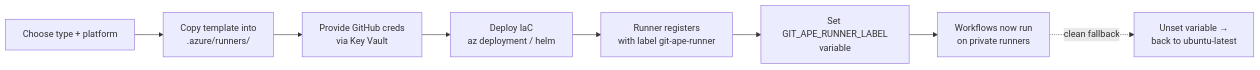
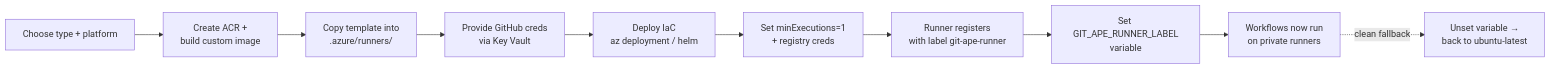
One commit to Azure/git-ape changed the diagram in .github/skills/git-ape-onboarding/templates/runners/README.md. Above: the diagram before and after it, drawn with Mermaid. The commit also changed other lines of this file and 4 other files, not shown here.

First line of the commit message:
feat: add custom runner Dockerfile and document provisioning learnings

````diff
--- a/.github/skills/git-ape-onboarding/templates/runners/README.md
+++ b/.github/skills/git-ape-onboarding/templates/runners/README.md
@@ -89,10 +159,12 @@
 ```mermaid
 flowchart LR
-    A[Choose type + platform] --> B[Copy template into<br/>.azure/runners/]
-    B --> C[Provide GitHub creds<br/>via Key Vault]
-    C --> D[Deploy IaC<br/>az deployment / helm]
-    D --> E[Runner registers<br/>with label git-ape-runner]
-    E --> F[Set GIT_APE_RUNNER_LABEL<br/>variable]
-    F --> G[Workflows now run<br/>on private runners]
-    G -.clean fallback.-> H[Unset variable →<br/>back to ubuntu-latest]
+    A[Choose type + platform] --> B[Create ACR +<br/>build custom image]
+    B --> C[Copy template into<br/>.azure/runners/]
+    C --> D[Provide GitHub creds<br/>via Key Vault]
+    D --> E[Deploy IaC<br/>az deployment / helm]
+    E --> F[Set minExecutions=1<br/>+ registry creds]
+    F --> G[Runner registers<br/>with label git-ape-runner]
+    G --> H[Set GIT_APE_RUNNER_LABEL<br/>variable]
+    H --> I[Workflows now run<br/>on private runners]
+    I -.clean fallback.-> J[Unset variable →<br/>back to ubuntu-latest]
 ```
````
